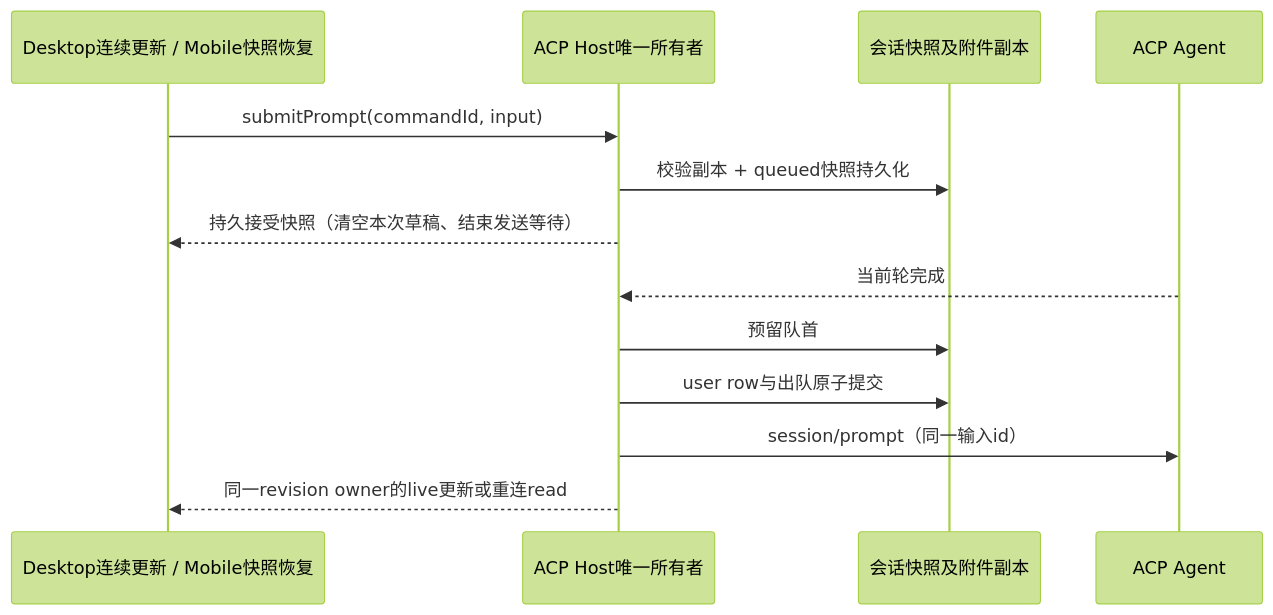
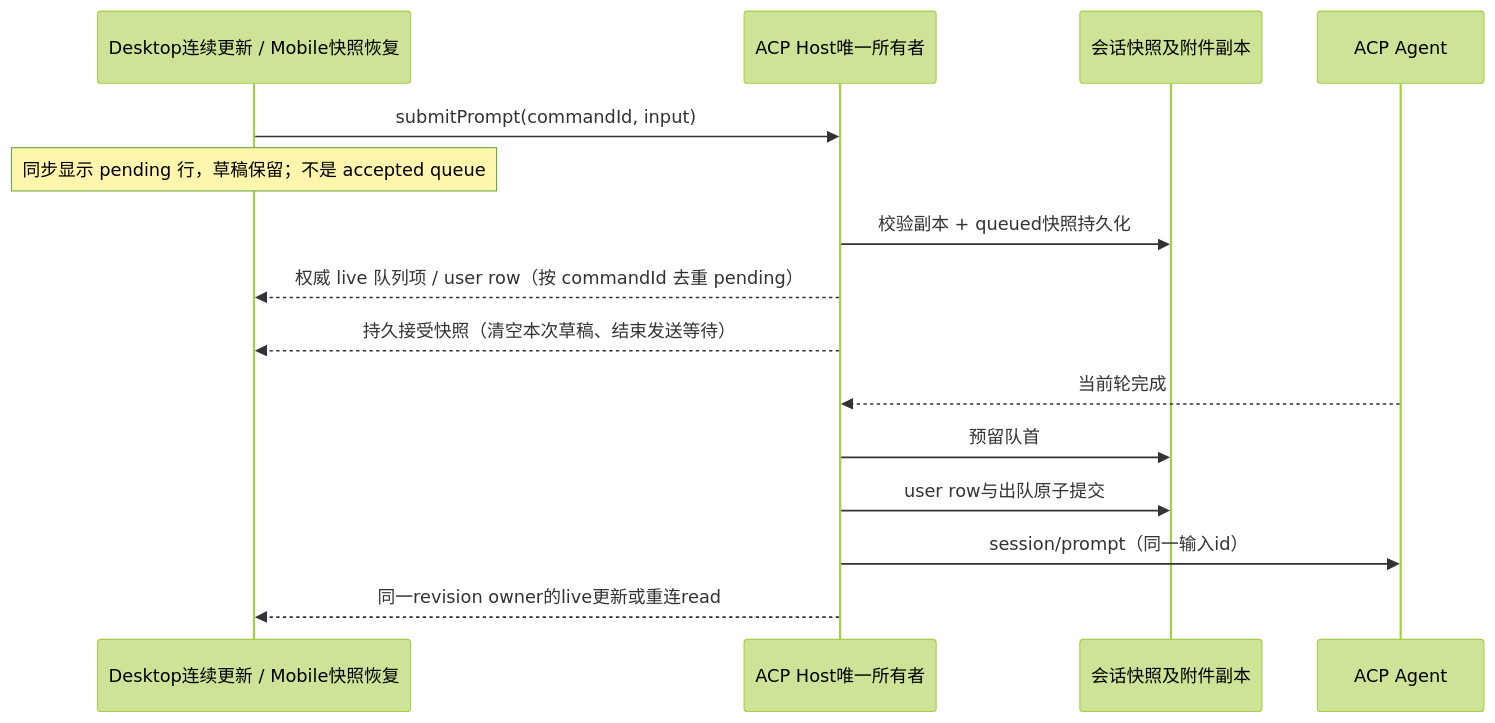
The diagram in docs/specs/acp-message-queue.md (caiqiqqq/CodeVori), drawn with Mermaid (forest theme) before and after one commit. The commit also changed other lines of this file and 11 other files, not shown here.

````diff
--- a/docs/specs/acp-message-queue.md
+++ b/docs/specs/acp-message-queue.md
@@ -24,15 +27,17 @@
 ```mermaid
 sequenceDiagram
   participant UI as Desktop连续更新 / Mobile快照恢复
   participant Host as ACP Host唯一所有者
   participant Store as 会话快照及附件副本
   participant Agent as ACP Agent
   UI->>Host: submitPrompt(commandId, input)
+  Note over UI: 同步显示 pending 行，草稿保留；不是 accepted queue
   Host->>Store: 校验副本 + queued快照持久化
+  Host-->>UI: 权威 live 队列项 / user row（按 commandId 去重 pending）
   Host-->>UI: 持久接受快照（清空本次草稿、结束发送等待）
   Agent-->>Host: 当前轮完成
   Host->>Store: 预留队首
   Host->>Store: user row与出队原子提交
   Host->>Agent: session/prompt（同一输入id）
   Host-->>UI: 同一revision owner的live更新或重连read
 ```
````
